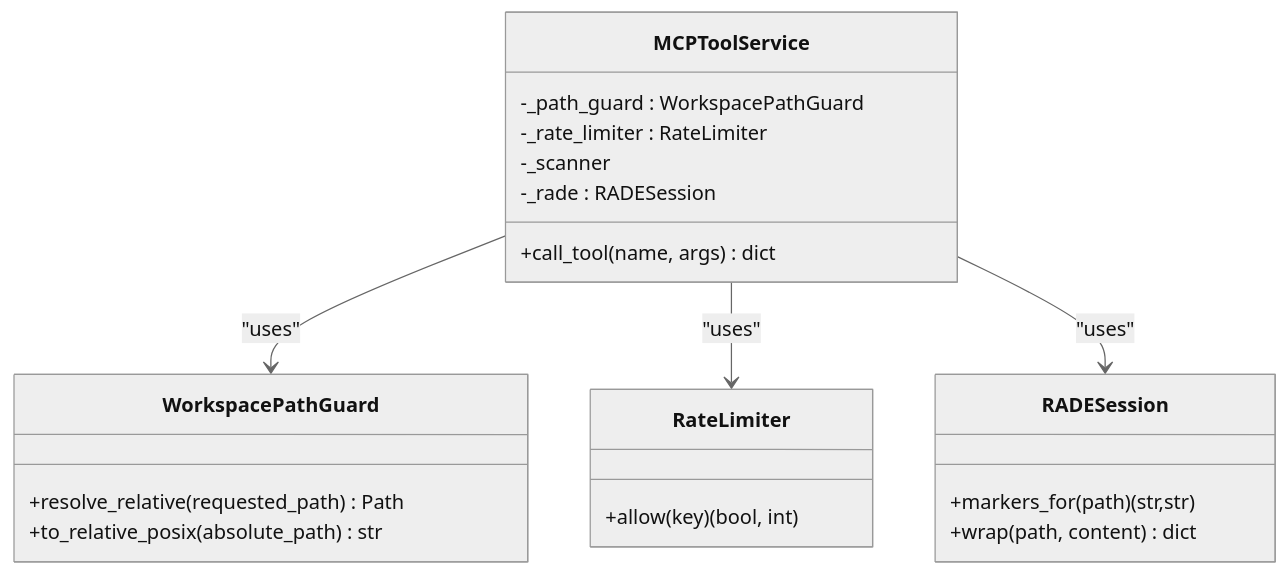
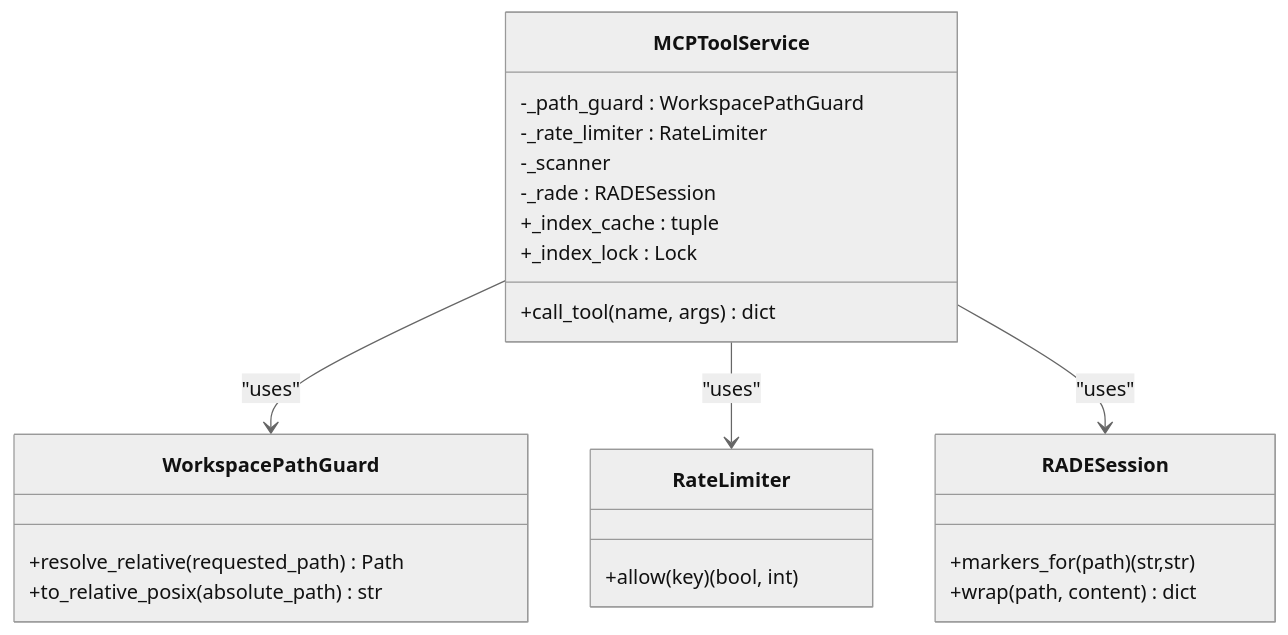
One commit to maemreyo/zmr-ctx-paker changed the fourth of 5 diagrams in .qoder/repowiki/en/content/CLI Reference/MCP Server/MCP Server.md. Above: the diagram before and after it, drawn with Mermaid (neutral theme). The commit also changed other lines of this file and 94 other files, not shown here.

````diff
--- a/.qoder/repowiki/en/content/CLI Reference/MCP Server/MCP Server.md
+++ b/.qoder/repowiki/en/content/CLI Reference/MCP Server/MCP Server.md
@@ -270,24 +286,26 @@
 ```mermaid
 classDiagram
 class WorkspacePathGuard {
 +resolve_relative(requested_path) Path
 +to_relative_posix(absolute_path) str
 }
 class RateLimiter {
 +allow(key) (bool, int)
 }
 class RADESession {
 +markers_for(path) (str,str)
 +wrap(path, content) dict
 }
 class MCPToolService {
 -_path_guard : WorkspacePathGuard
 -_rate_limiter : RateLimiter
 -_scanner
 -_rade : RADESession
++_index_cache : tuple
++_index_lock : Lock
 +call_tool(name, args) dict
 }
 MCPToolService --> WorkspacePathGuard : "uses"
 MCPToolService --> RateLimiter : "uses"
 MCPToolService --> RADESession : "uses"
 ```
````
